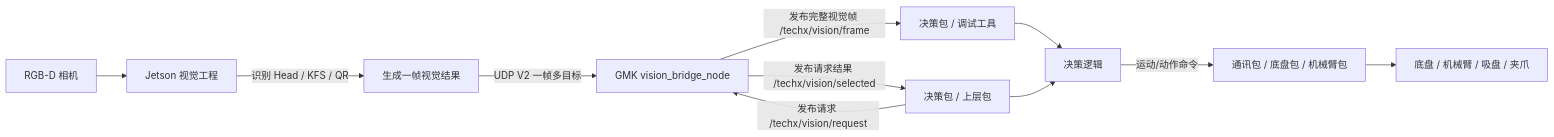
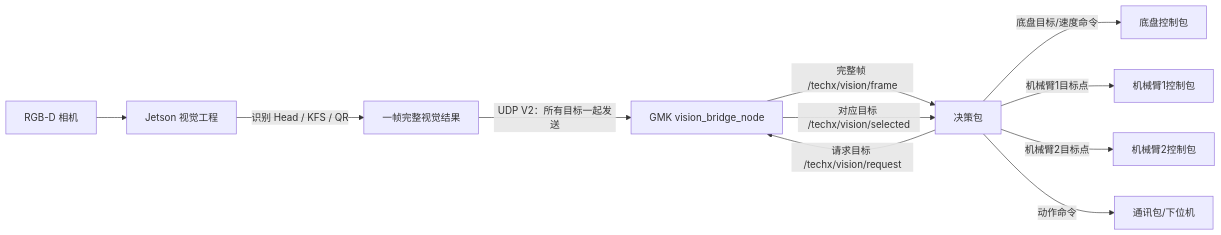
One commit to cyruscheng88011-creator/TECHX_Robocon_GMK_Rx changed the first of 3 diagrams in README.md. Above: the diagram before and after it, drawn with Mermaid. The commit also changed other lines of this file, not shown here.

Commit message:
Rewrite GMK README as deployment and data-flow guide

````diff
--- a/README.md
+++ b/README.md
@@ -65,15 +72,15 @@
 ```mermaid
 flowchart LR
-    A[RGB-D 相机] --> B[Jetson 视觉工程]
-    B -->|识别 Head / KFS / QR| C[生成一帧视觉结果]
-    C -->|UDP V2 一帧多目标| D[GMK vision_bridge_node]
+    CAM[RGB-D 相机] --> JET[Jetson 视觉工程]
+    JET -->|识别 Head / KFS / QR| DET[一帧完整视觉结果]
+    DET -->|UDP V2：所有目标一起发送| GMK[GMK vision_bridge_node]
 
-    D -->|发布完整视觉帧 /techx/vision/frame| E[决策包 / 调试工具]
-    F[决策包 / 上层包] -->|发布请求 /techx/vision/request| D
-    D -->|发布请求结果 /techx/vision/selected| F
+    GMK -->|完整帧 /techx/vision/frame| DEC[决策包]
+    DEC -->|请求目标 /techx/vision/request| GMK
+    GMK -->|对应目标 /techx/vision/selected| DEC
 
-    E --> G[决策逻辑]
-    F --> G
-    G -->|运动/动作命令| H[通讯包 / 底盘包 / 机械臂包]
-    H --> I[底盘 / 机械臂 / 吸盘 / 夹爪]
+    DEC -->|底盘目标/速度命令| CHASSIS[底盘控制包]
+    DEC -->|机械臂1目标点| ARM1[机械臂1控制包]
+    DEC -->|机械臂2目标点| ARM2[机械臂2控制包]
+    DEC -->|动作命令| COMM[通讯包/下位机]
 ```
````
